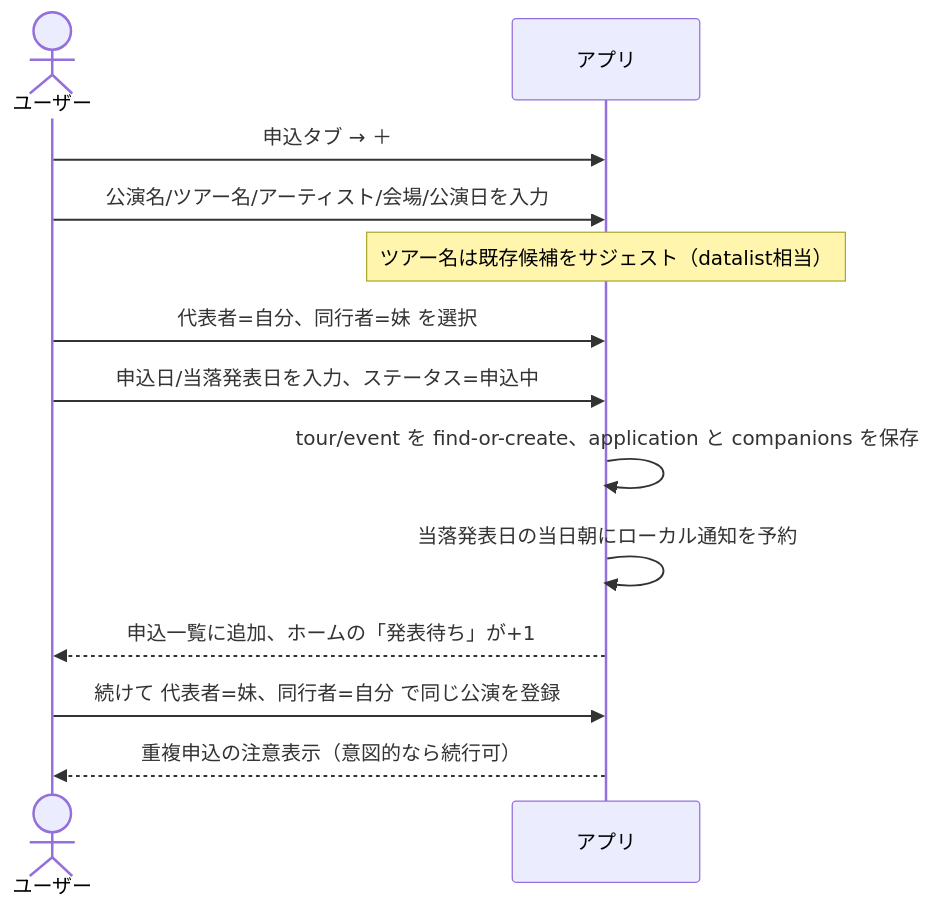
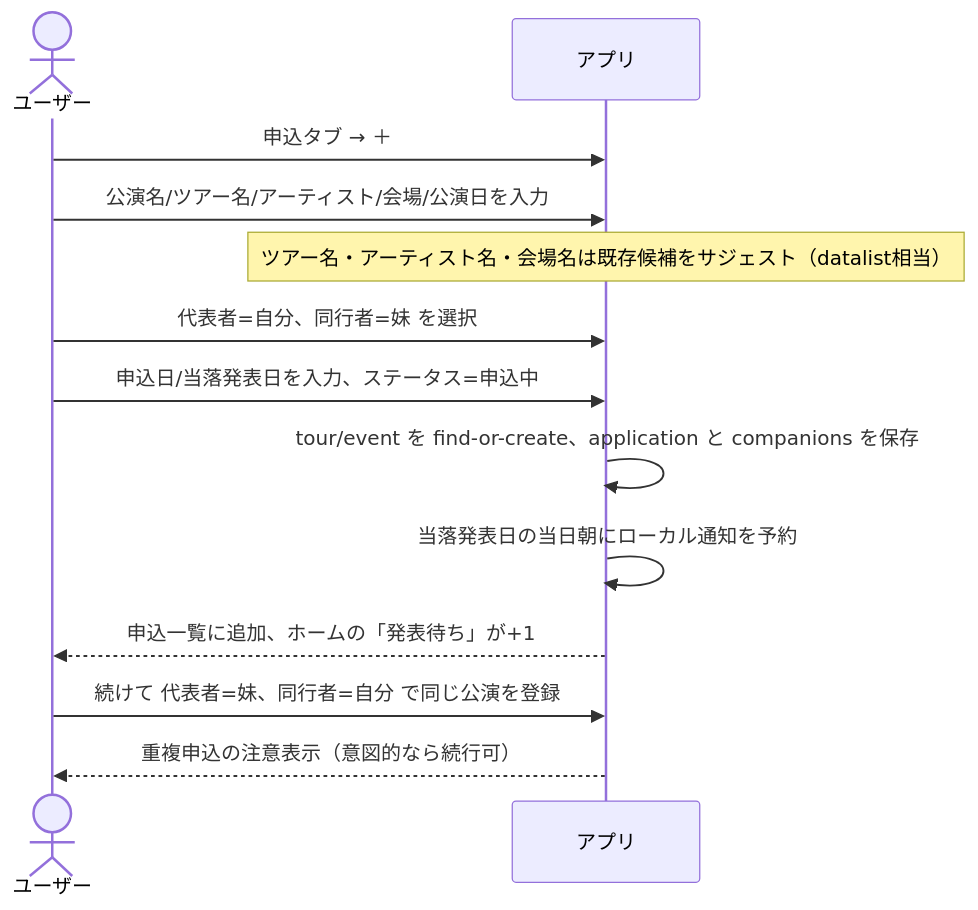
One commit to yumori59/otakuApp changed the second of 4 diagrams in docs/01-product-overview.md. Above: the diagram before and after it, drawn with Mermaid. The commit also changed 15 other files, not shown here.

````diff
--- a/docs/01-product-overview.md
+++ b/docs/01-product-overview.md
@@ -180,15 +180,15 @@
 ```mermaid
 sequenceDiagram
     actor U as ユーザー
     participant App as アプリ
     U->>App: 申込タブ → ＋
     U->>App: 公演名/ツアー名/アーティスト/会場/公演日を入力
-    Note over App: ツアー名は既存候補をサジェスト（datalist相当）
+    Note over App: ツアー名・アーティスト名・会場名は既存候補をサジェスト（datalist相当）
     U->>App: 代表者=自分、同行者=妹 を選択
     U->>App: 申込日/当落発表日を入力、ステータス=申込中
     App->>App: tour/event を find-or-create、application と companions を保存
     App->>App: 当落発表日の当日朝にローカル通知を予約
     App-->>U: 申込一覧に追加、ホームの「発表待ち」が+1
     U->>App: 続けて 代表者=妹、同行者=自分 で同じ公演を登録
     App-->>U: 重複申込の注意表示（意図的なら続行可）
 ```
````
